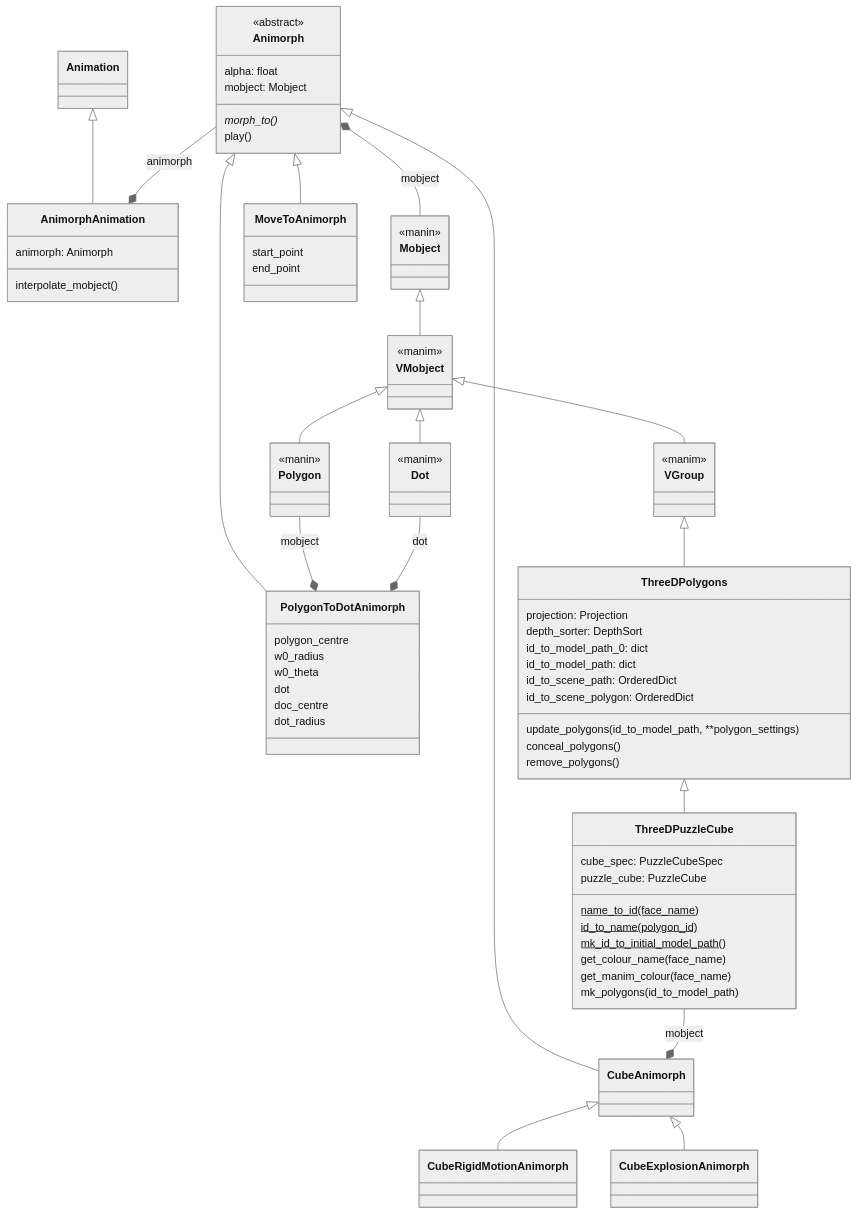
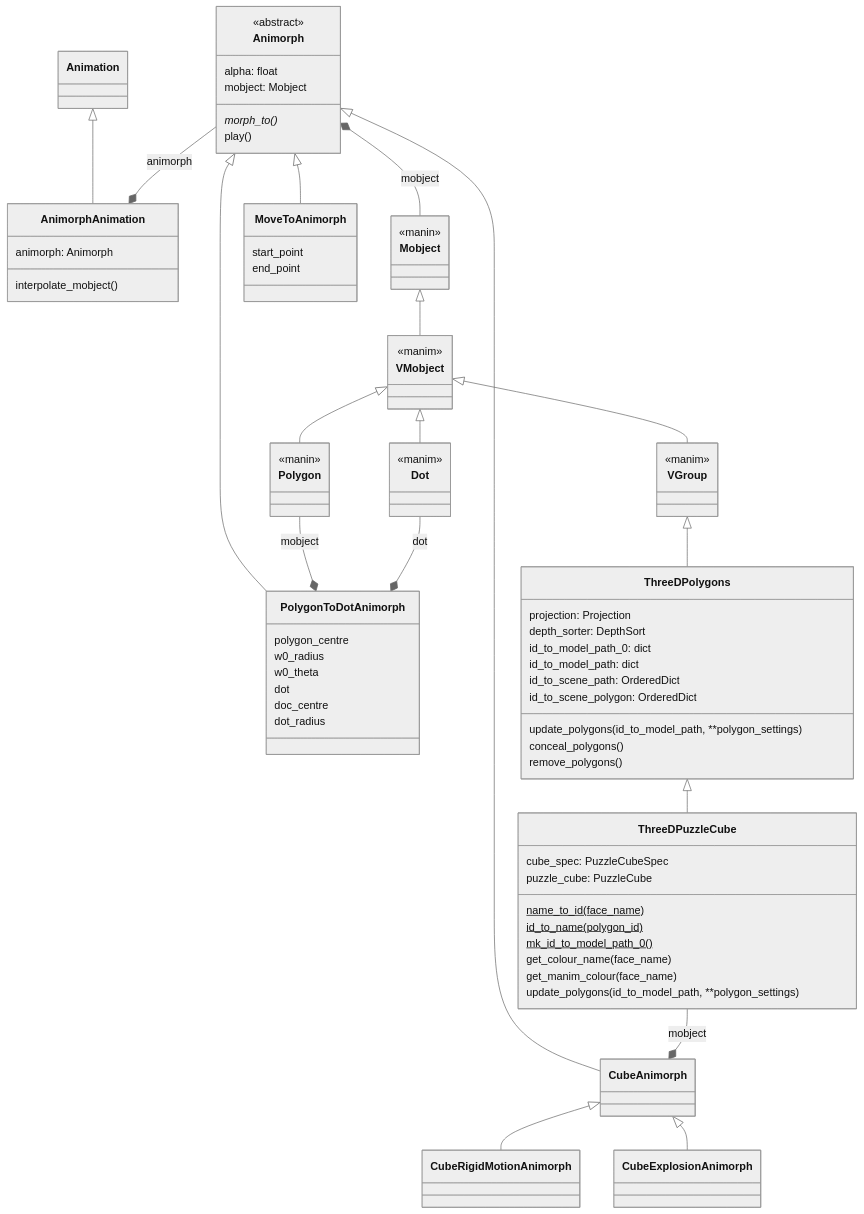
The diagram in docs/uml/animators.md (agryman/instant-insanity), drawn with Mermaid (neutral theme) before and after one commit. The commit also changed 3 other files, not shown here.

````diff
--- a/docs/uml/animators.md
+++ b/docs/uml/animators.md
@@ -5,77 +5,77 @@
 ```mermaid
 classDiagram
     Animation <|-- AnimorphAnimation
     Animorph *-- Mobject  : mobject
     Animorph <|-- MoveToAnimorph
     Animorph <|-- PolygonToDotAnimorph
     Animorph <|-- CubeAnimorph
     ThreeDPuzzleCube --* CubeAnimorph : mobject
     CubeAnimorph <|-- CubeRigidMotionAnimorph
     CubeAnimorph <|-- CubeExplosionAnimorph
     Animorph --* AnimorphAnimation : animorph
     Mobject <|-- VMobject
     VMobject <|-- Polygon
     VMobject <|-- Dot
     Polygon --* PolygonToDotAnimorph : mobject
     Dot --* PolygonToDotAnimorph : dot
     VMobject <|-- VGroup
     VGroup <|-- ThreeDPolygons
     ThreeDPolygons <|-- ThreeDPuzzleCube
     
     <<manin>> Mobject
     <<manim>> VMobject
     <<manim>> VGroup
     <<manim>> Dot
     <<manin>> Polygon
     
     class ThreeDPolygons {
         projection: Projection
         depth_sorter: DepthSort
         id_to_model_path_0: dict
         id_to_model_path: dict
         id_to_scene_path: OrderedDict
         id_to_scene_polygon: OrderedDict
         update_polygons(id_to_model_path, **polygon_settings)
         conceal_polygons()
         remove_polygons()
     }
     
     class ThreeDPuzzleCube {
         cube_spec: PuzzleCubeSpec
         puzzle_cube: PuzzleCube
         name_to_id(face_name)$
         id_to_name(polygon_id)$
-        mk_id_to_initial_model_path()$
+        mk_id_to_model_path_0()$
         get_colour_name(face_name)
         get_manim_colour(face_name)
-        mk_polygons(id_to_model_path)
+        update_polygons(id_to_model_path, **polygon_settings)
         
     }
     
     class Animorph {
         alpha: float
         mobject: Mobject
         morph_to()*
         play()
     }
     <<abstract>> Animorph
     
     class MoveToAnimorph {
         start_point
         end_point
     }
     
     class PolygonToDotAnimorph {
         polygon_centre
         w0_radius
         w0_theta
         dot
         doc_centre
         dot_radius
     }
  
     class AnimorphAnimation {
         animorph: Animorph
         interpolate_mobject()
     }
 ```
````
